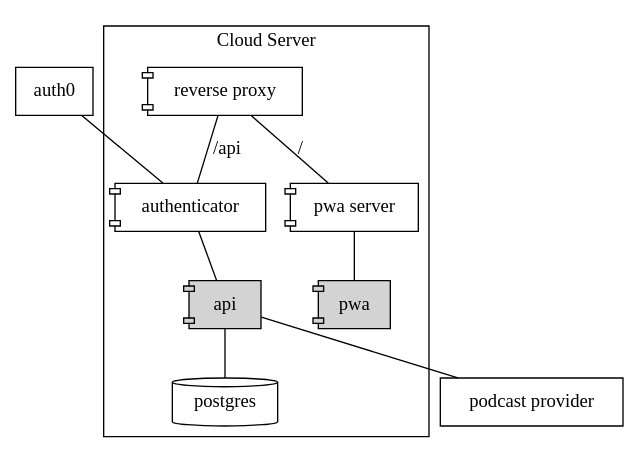
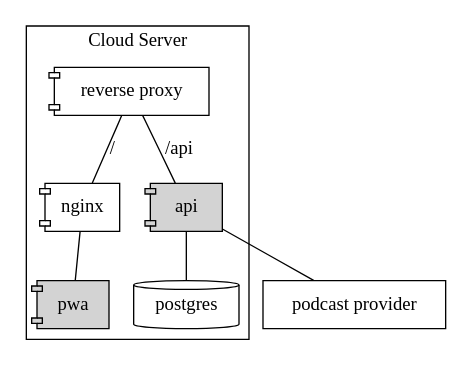
One commit to hannes-hochreiner/podcast-player changed the diagram in documentation/src/deployment.dot. Above: the diagram before and after it, drawn with Graphviz. The commit also changed 1 other file, not shown here.

```diff
--- a/documentation/src/deployment.dot
+++ b/documentation/src/deployment.dot
@@ -1,24 +1,19 @@
 graph components {
-
-  auth0 [shape=box];
 
   subgraph cluster_cloud {
     label="Cloud Server";
     proxy [label="reverse proxy", shape=component];
-    auth [label="authenticator", shape=component];
-    pwa_server [label="pwa server", shape=component];
+    pwa_server [label="nginx", shape=component];
     pwa [shape=component, fillcolor=lightgrey, style=filled];
     api [shape=component, fillcolor=lightgrey, style=filled];
     postgres [shape=cylinder];
   }
 
   provider [label="podcast provider", shape=box];
 
-  proxy -- auth [label="/api"];
-  auth -- api;
+  proxy -- api [label="/api"];
   api -- postgres;
   proxy -- pwa_server [label="/"];
   pwa_server -- pwa;
-  auth0 -- auth;
   api -- provider;
 }
```
